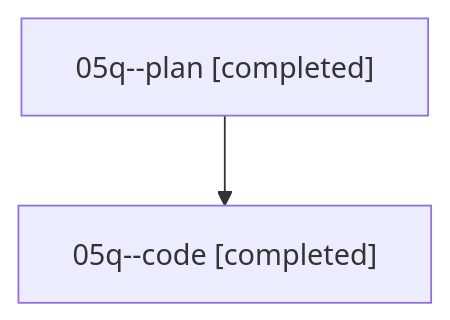
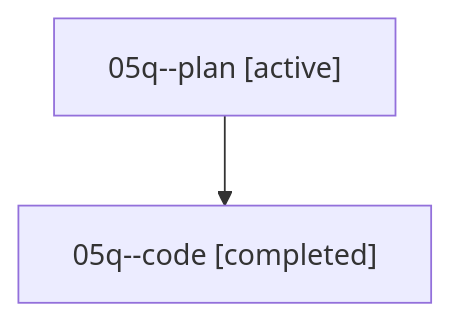
The diagram in families/bbugyi200.athena.05q.md (sase-org/sase--agents), drawn with Mermaid before and after one commit. The commit also changed other lines of this file and 35830 other files, not shown here.

````diff
--- a/families/bbugyi200.athena.05q.md
+++ b/families/bbugyi200.athena.05q.md
@@ -9,6 +9,6 @@
 ```mermaid
 flowchart TD
-  n0["05q--plan [completed]"]
+  n0["05q--plan [active]"]
   n1["05q--code [completed]"]
   n0 --> n1
 ```
````
